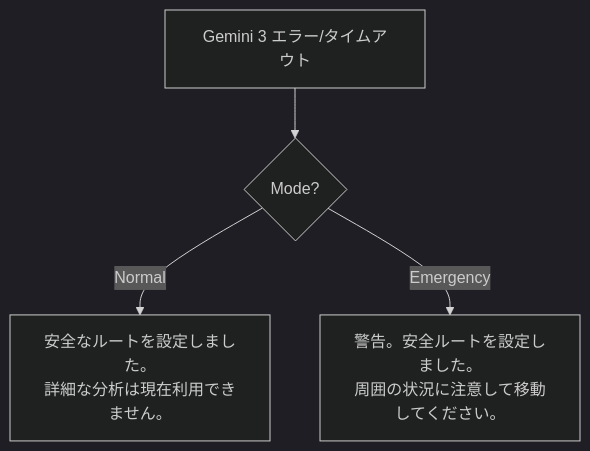
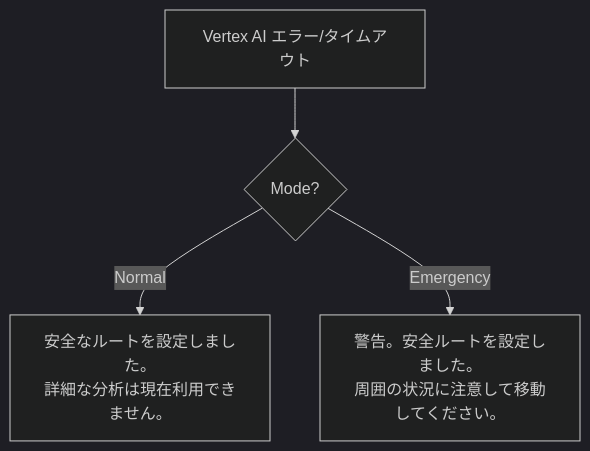
One commit to Ryg-appdev/safe-routing-ai-navigation changed the fifth of 5 diagrams in Docs/確定/08_AIプロンプト設計書.md. Above: the diagram before and after it, drawn with Mermaid (dark theme). The commit also changed other lines of this file and 12 other files, not shown here.

````diff
--- a/Docs/確定/08_AIプロンプト設計書.md
+++ b/Docs/確定/08_AIプロンプト設計書.md
@@ -139,7 +139,7 @@
 ```mermaid
 flowchart TD
-    ERR[Gemini 3 エラー/タイムアウト]
+    ERR[Vertex AI エラー/タイムアウト]
     ERR --> MODE{Mode?}
     MODE -->|Normal| FN["安全なルートを設定しました。<br/>詳細な分析は現在利用できません。"]
     MODE -->|Emergency| FE["警告。安全ルートを設定しました。<br/>周囲の状況に注意して移動してください。"]
 ```
````
